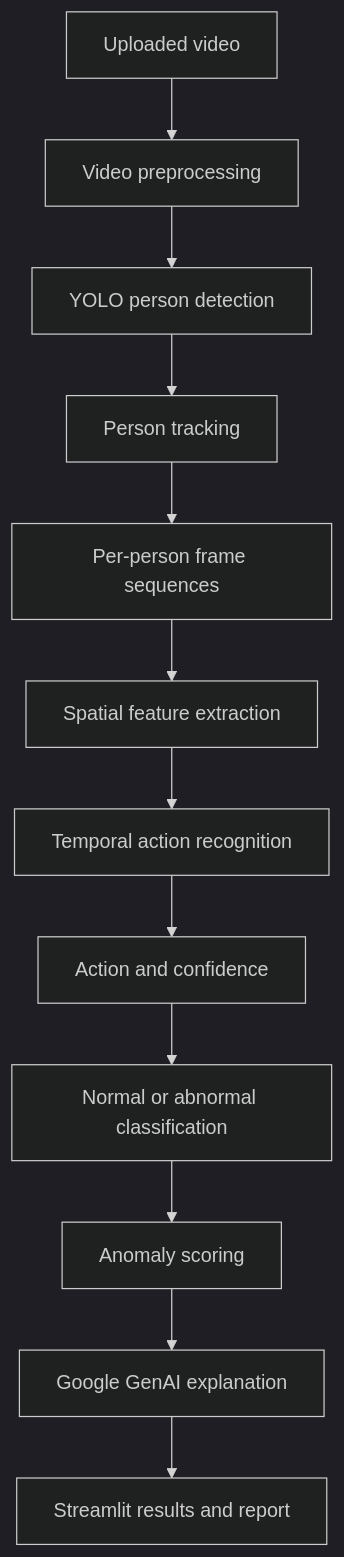
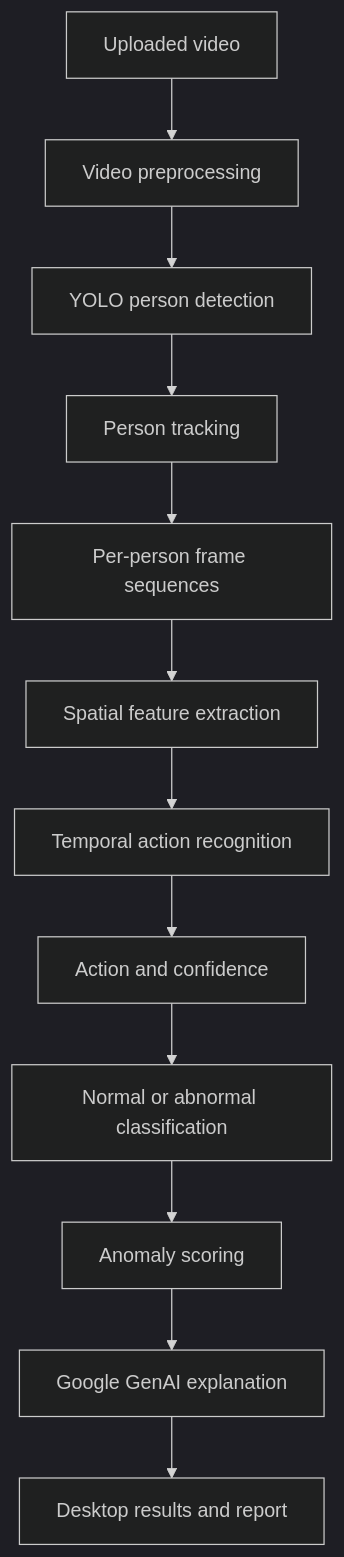
One commit to imxyanua/AVAS changed the diagram in README.md. Above: the diagram before and after it, drawn with Mermaid (dark theme). The commit also changed other lines of this file and 8 other files, not shown here.

First line of the commit message:
Replace Streamlit with a PySide6 desktop operator UI (#13)

````diff
--- a/README.md
+++ b/README.md
@@ -43,14 +43,14 @@
 ```mermaid
 flowchart TD
     A[Uploaded video] --> B[Video preprocessing]
     B --> C[YOLO person detection]
     C --> D[Person tracking]
     D --> E[Per-person frame sequences]
     E --> F[Spatial feature extraction]
     F --> G[Temporal action recognition]
     G --> H[Action and confidence]
     H --> I[Normal or abnormal classification]
     I --> J[Anomaly scoring]
     J --> K[Google GenAI explanation]
-    K --> L[Streamlit results and report]
+    K --> L[Desktop results and report]
 ```
````
